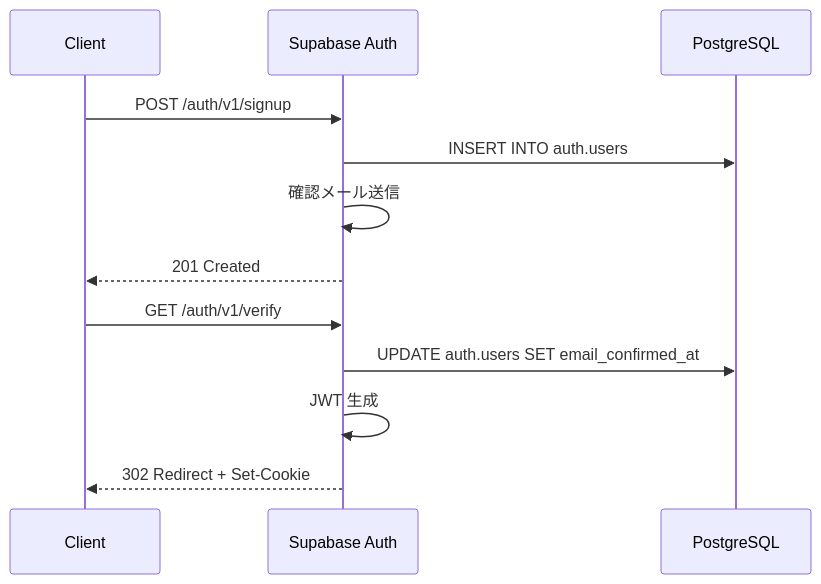
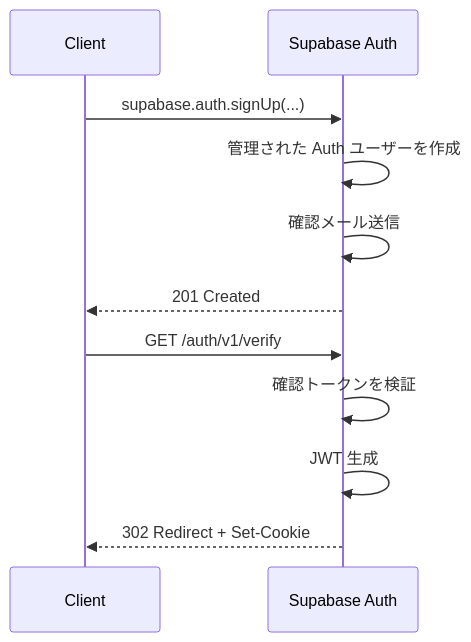
One commit to itdojp/supabase-architecture-patterns-book changed the second of 2 diagrams in docs/chapters/chapter02/index.md. Above: the diagram before and after it, drawn with Mermaid. The commit also changed other lines of this file and 19 other files, not shown here.

````diff
--- a/docs/chapters/chapter02/index.md
+++ b/docs/chapters/chapter02/index.md
@@ -288,16 +288,15 @@
 ```mermaid
 sequenceDiagram
     participant C as Client
     participant SA as Supabase Auth
-    participant DB as PostgreSQL
 
-    C->>SA: POST /auth/v1/signup
-    SA->>DB: INSERT INTO auth.users
+    C->>SA: supabase.auth.signUp(...)
+    SA->>SA: 管理された Auth ユーザーを作成
     SA->>SA: 確認メール送信
     SA-->>C: 201 Created
 
     C->>SA: GET /auth/v1/verify
-    SA->>DB: UPDATE auth.users SET email_confirmed_at
+    SA->>SA: 確認トークンを検証
     SA->>SA: JWT 生成
     SA-->>C: 302 Redirect + Set-Cookie
 ```
````
